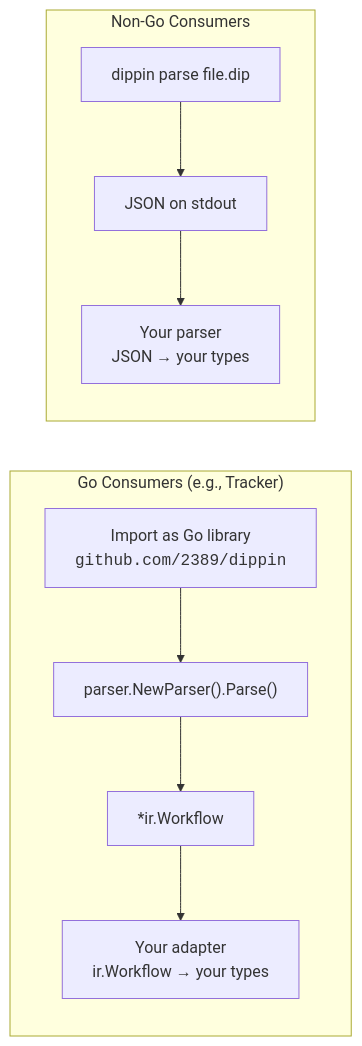
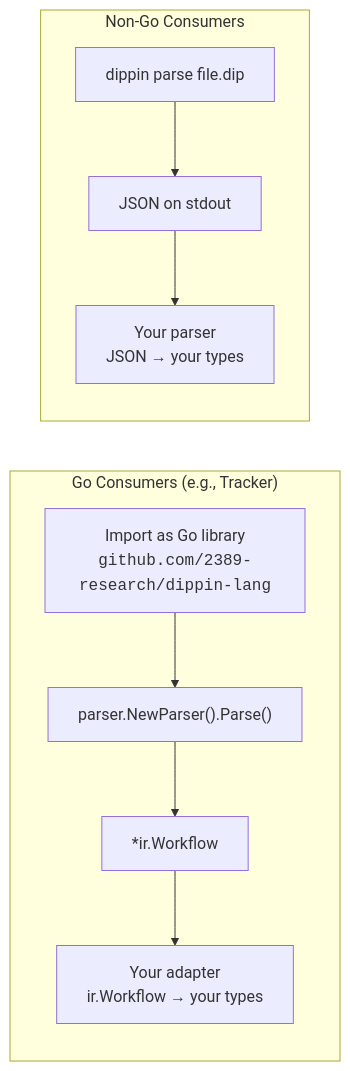
The first of 3 diagrams in docs/integration.md (michellepellon/dippin-lang), drawn with Mermaid before and after one commit. The commit also changed other lines of this file and 26 other files, not shown here.

````diff
--- a/docs/integration.md
+++ b/docs/integration.md
@@ -11,15 +11,15 @@
 ```mermaid
 graph LR
     subgraph "Go Consumers (e.g., Tracker)"
-        LIB["Import as Go library<br/><code>github.com/2389/dippin</code>"]
+        LIB["Import as Go library<br/><code>github.com/2389-research/dippin-lang</code>"]
         LIB --> PARSE["parser.NewParser().Parse()"]
         PARSE --> IR["*ir.Workflow"]
         IR --> ADAPT["Your adapter<br/>ir.Workflow → your types"]
     end
 
     subgraph "Non-Go Consumers"
         CLI["dippin parse file.dip"]
         CLI --> JSON["JSON on stdout"]
         JSON --> YOUR["Your parser<br/>JSON → your types"]
     end
 ```
````
